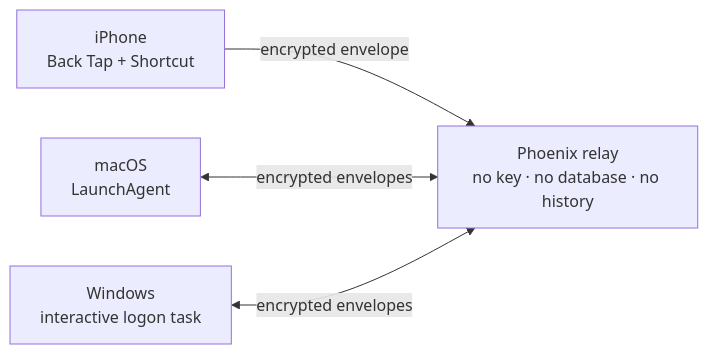
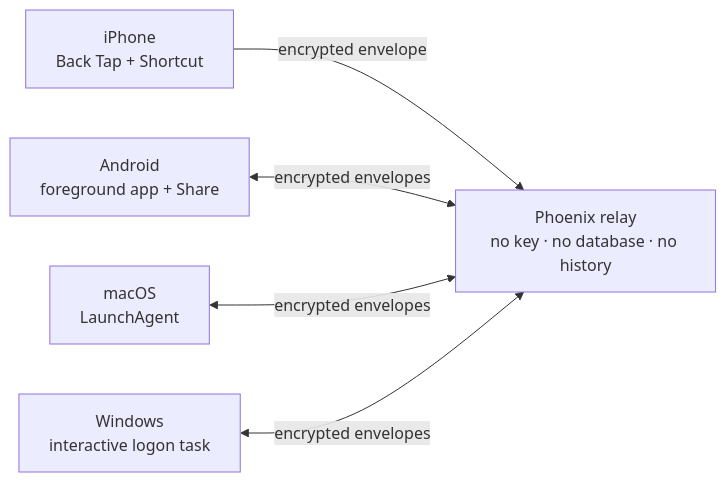
Before and after one commit to rccsousa/batonpass: the diagram in README.md, drawn with Mermaid. The commit also changed other lines of this file and 24 other files, not shown here.

Commit message:
Add foreground Android clipboard client

````diff
--- a/README.md
+++ b/README.md
@@ -23,7 +23,8 @@
 ```mermaid
 flowchart LR
     I["iPhone<br/>Back Tap + Shortcut"] -->|encrypted envelope| R
+    A["Android<br/>foreground app + Share"] <-->|encrypted envelopes| R
     M["macOS<br/>LaunchAgent"] <-->|encrypted envelopes| R
     W["Windows<br/>interactive logon task"] <-->|encrypted envelopes| R
     R["Phoenix relay<br/>no key · no database · no history"]
 ```
````
